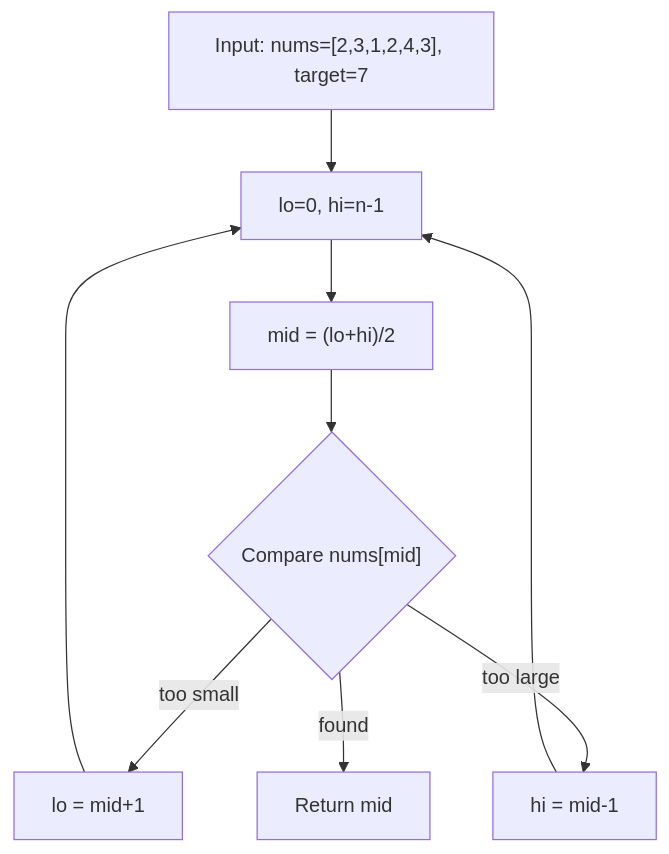
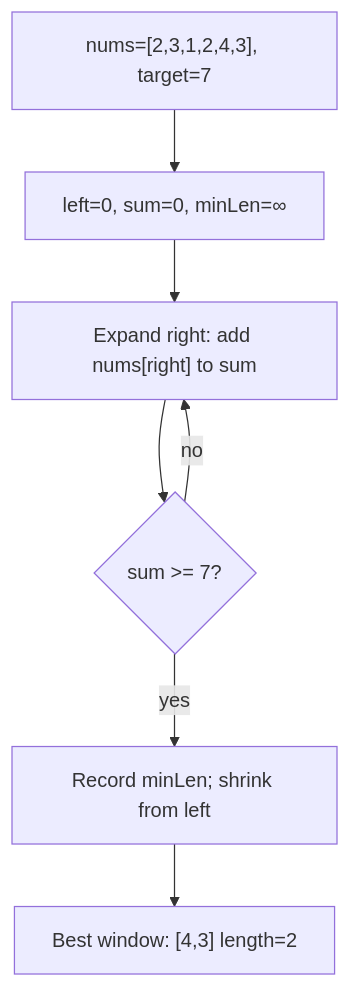
The third of 3 diagrams in 02_DSA/04_Sliding_Window_Two_Pointers/MinimumSizeSubarraySum/MinimumSizeSubarraySum.md (Strangedip/PREP), drawn with Mermaid before and after one commit. The commit also changed 55 other files, not shown here.

````diff
--- a/02_DSA/04_Sliding_Window_Two_Pointers/MinimumSizeSubarraySum/MinimumSizeSubarraySum.md
+++ b/02_DSA/04_Sliding_Window_Two_Pointers/MinimumSizeSubarraySum/MinimumSizeSubarraySum.md
@@ -163,12 +163,10 @@
 ```mermaid
 flowchart TD
-    START["Input: nums=[2,3,1,2,4,3], target=7"]
-    START --> BOUNDS["lo=0, hi=n-1"]
-    BOUNDS --> MID["mid = (lo+hi)/2"]
-    MID --> CMP{"Compare nums[mid]"}
-    CMP -->|too small| LO["lo = mid+1"]
-    CMP -->|too large| HI["hi = mid-1"]
-    CMP -->|found| DONE["Return mid"]
-    LO --> BOUNDS
-    HI --> BOUNDS
+    START["nums=[2,3,1,2,4,3], target=7"]
+    START --> WIN["left=0, sum=0, minLen=∞"]
+    WIN --> EXPAND["Expand right: add nums[right] to sum"]
+    EXPAND --> CHECK{"sum >= 7?"}
+    CHECK -->|no| EXPAND
+    CHECK -->|yes| SHRINK["Record minLen; shrink from left"]
+    SHRINK --> DONE["Best window: [4,3] length=2"]
 ```
````
